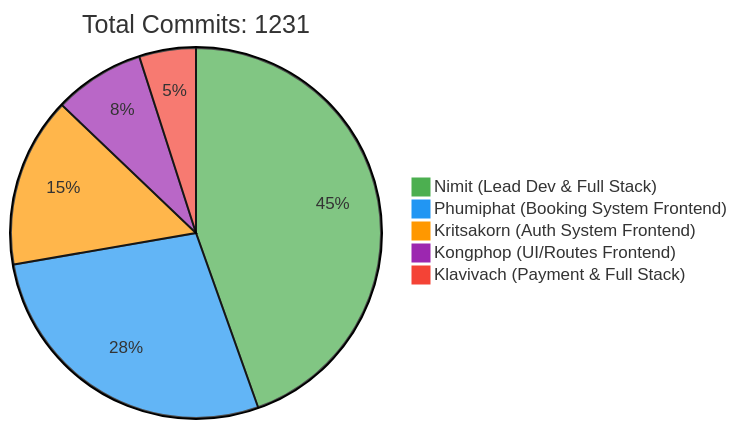
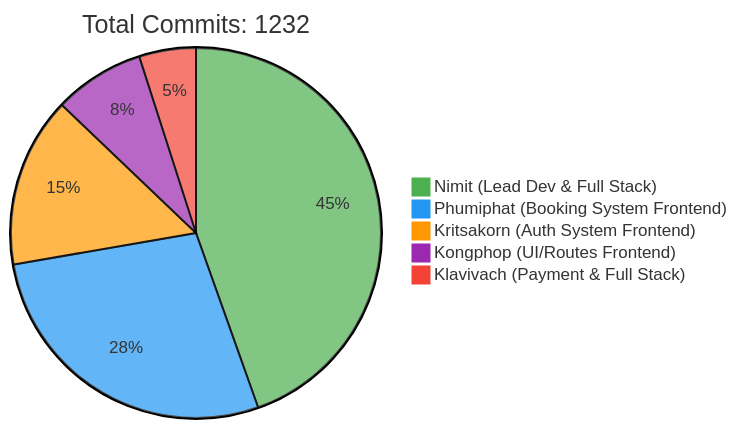
One commit to 6531503042/Sport-Complex changed the first of 2 diagrams in README.md. Above: the diagram before and after it, drawn with Mermaid. The commit also changed other lines of this file, not shown here.

Commit message:
docs: Update contributor statistics [skip ci]

````diff
--- a/README.md
+++ b/README.md
@@ -257,10 +257,10 @@
 ```mermaid
 %%{init: {'theme': 'base', 'themeVariables': { 'pie1': '#4CAF50', 'pie2': '#2196F3', 'pie3': '#FF9800', 'pie4': '#9C27B0', 'pie5': '#F44336'}}}%%
 pie
-    title Total Commits: 1231
+    title Total Commits: 1232
     "Nimit (Lead Dev & Full Stack)" : 450
     "Phumiphat (Booking System Frontend)" : 280
     "Kritsakorn (Auth System Frontend)" : 150
     "Kongphop (UI/Routes Frontend)" : 80
     "Klavivach (Payment & Full Stack)" : 50
 ```
````
